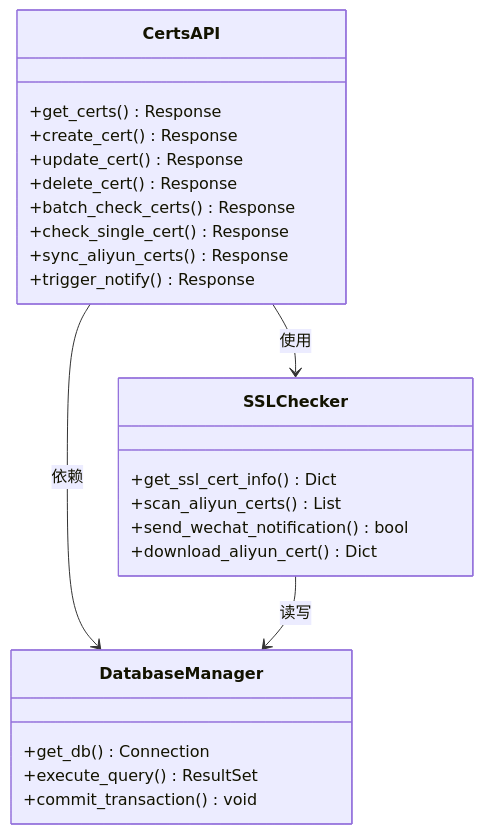
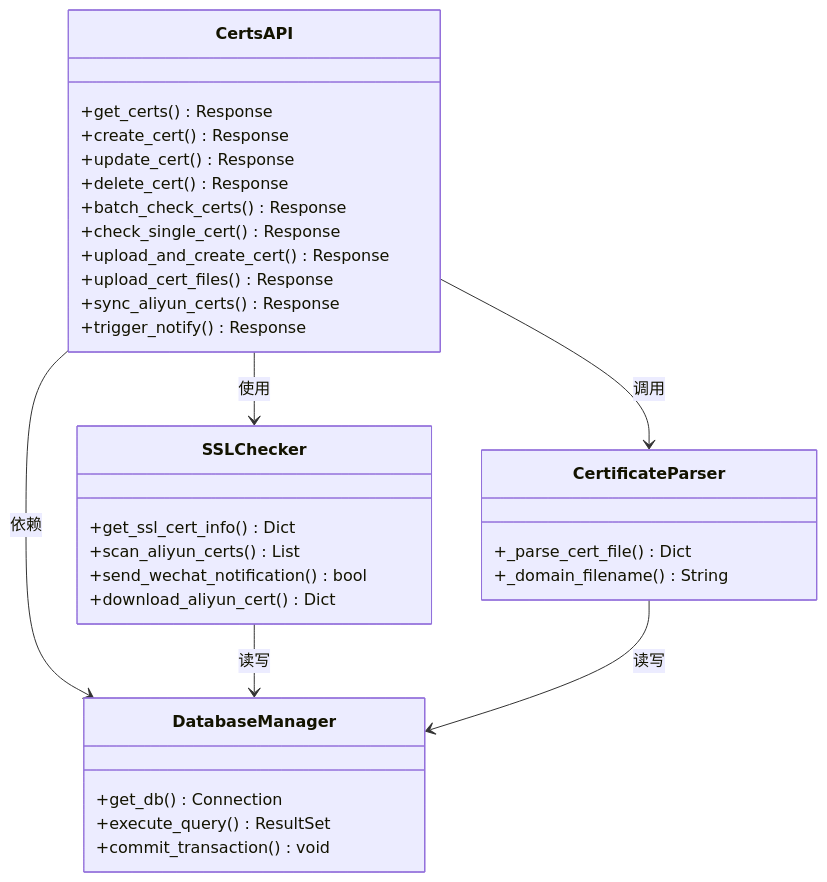
One commit to ismine3/OPS changed the fourth of 11 diagrams in .qoder/repowiki/zh/content/核心功能模块/SSL证书管理系统.md. Above: the diagram before and after it, drawn with Mermaid. The commit also changed other lines of this file and 17 other files, not shown here.

````diff
--- a/.qoder/repowiki/zh/content/核心功能模块/SSL证书管理系统.md
+++ b/.qoder/repowiki/zh/content/核心功能模块/SSL证书管理系统.md
@@ -222,27 +233,35 @@
 ```mermaid
 classDiagram
 class CertsAPI {
 +get_certs() Response
 +create_cert() Response
 +update_cert() Response
 +delete_cert() Response
 +batch_check_certs() Response
 +check_single_cert() Response
++upload_and_create_cert() Response
++upload_cert_files() Response
 +sync_aliyun_certs() Response
 +trigger_notify() Response
 }
 class SSLChecker {
 +get_ssl_cert_info() Dict
 +scan_aliyun_certs() List
 +send_wechat_notification() bool
 +download_aliyun_cert() Dict
 }
+class CertificateParser {
++_parse_cert_file() Dict
++_domain_filename() String
+}
 class DatabaseManager {
 +get_db() Connection
 +execute_query() ResultSet
 +commit_transaction() void
 }
 CertsAPI --> SSLChecker : 使用
+CertsAPI --> CertificateParser : 调用
 CertsAPI --> DatabaseManager : 依赖
 SSLChecker --> DatabaseManager : 读写
+CertificateParser --> DatabaseManager : 读写
 ```
````
